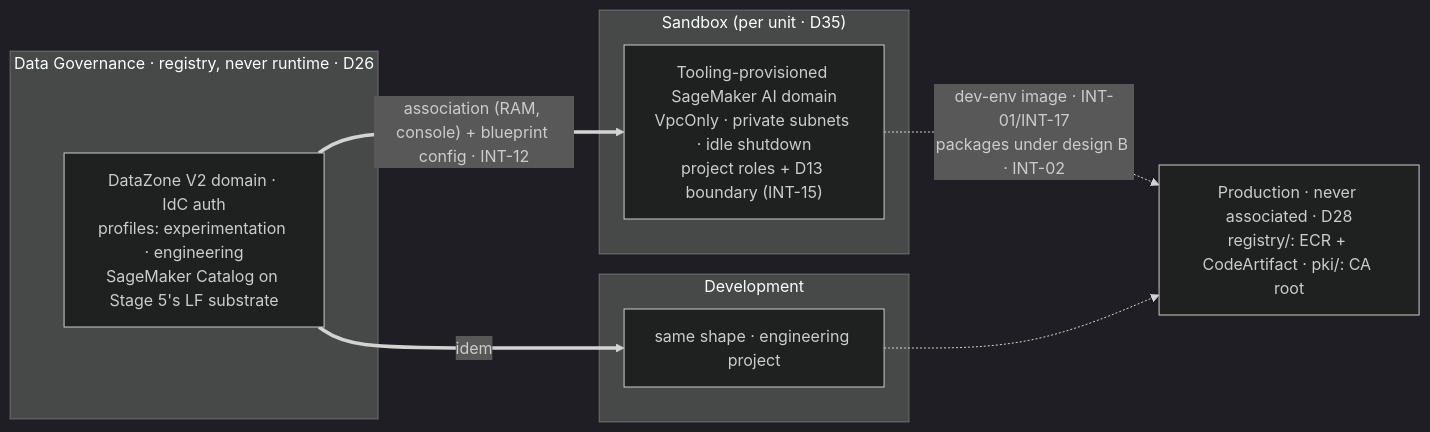
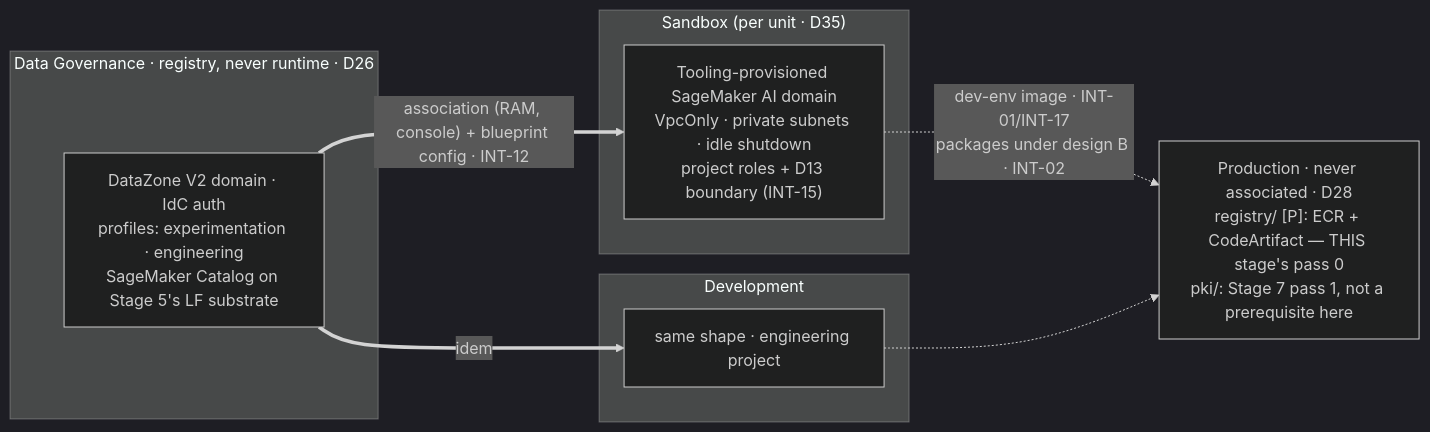
One commit to felipenoris/AWS-DataScience changed the diagram in docs/plan/stages/stage-06-unified-studio.md. Above: the diagram before and after it, drawn with Mermaid (dark theme). The commit also changed other lines of this file and 14 other files, not shown here.

````diff
--- a/docs/plan/stages/stage-06-unified-studio.md
+++ b/docs/plan/stages/stage-06-unified-studio.md
@@ -49,18 +50,18 @@
 ```mermaid
 flowchart LR
     subgraph DG["Data Governance · registry, never runtime · D26"]
         DOM["DataZone V2 domain · IdC auth<br/>profiles: experimentation · engineering<br/>SageMaker Catalog on Stage 5's LF substrate"]
     end
     subgraph SBX["Sandbox (per unit · D35)"]
         SBXRT["Tooling-provisioned SageMaker AI domain<br/>VpcOnly · private subnets · idle shutdown<br/>project roles + D13 boundary (INT-15)"]
     end
     subgraph DEV["Development"]
         DEVRT["same shape · engineering project"]
     end
-    PRD["Production · never associated · D28<br/>registry/: ECR + CodeArtifact · pki/: CA root"]
+    PRD["Production · never associated · D28<br/>registry/ [P]: ECR + CodeArtifact — THIS stage's pass 0<br/>pki/: Stage 7 pass 1, not a prerequisite here"]
 
     DOM ==>|"association (RAM, console) + blueprint config · INT-12"| SBXRT
     DOM ==>|"idem"| DEVRT
     SBXRT -.->|"dev-env image · INT-01/INT-17<br/>packages under design B · INT-02"| PRD
     DEVRT -.-> PRD
 ```
````
